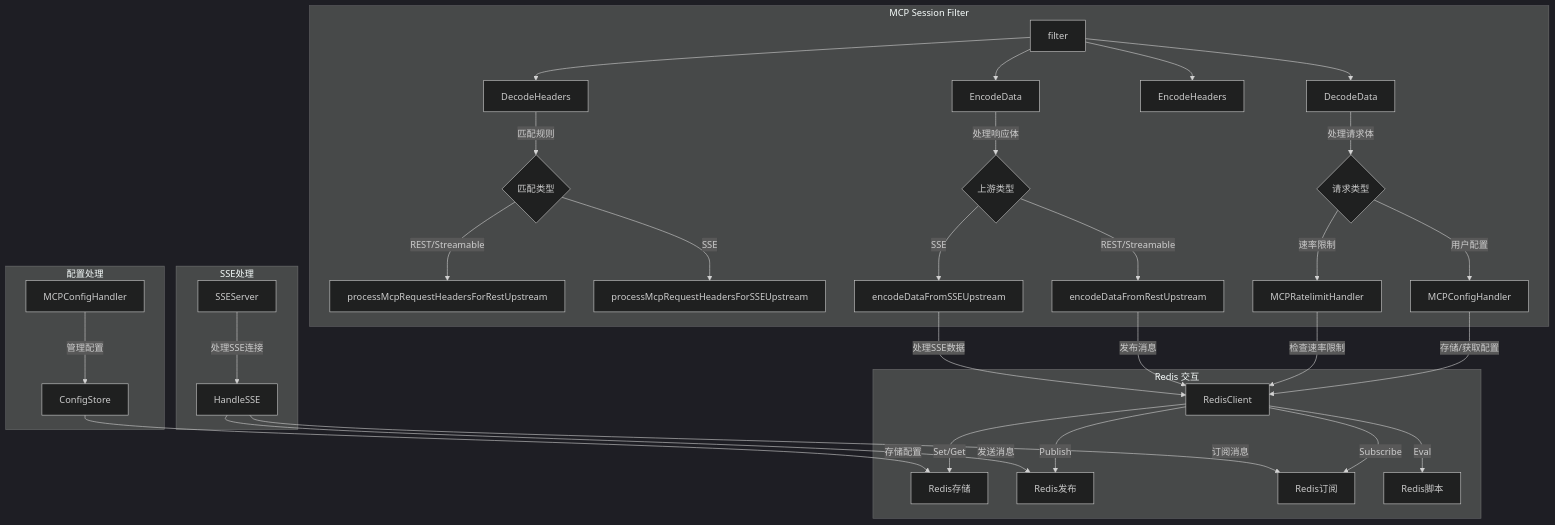
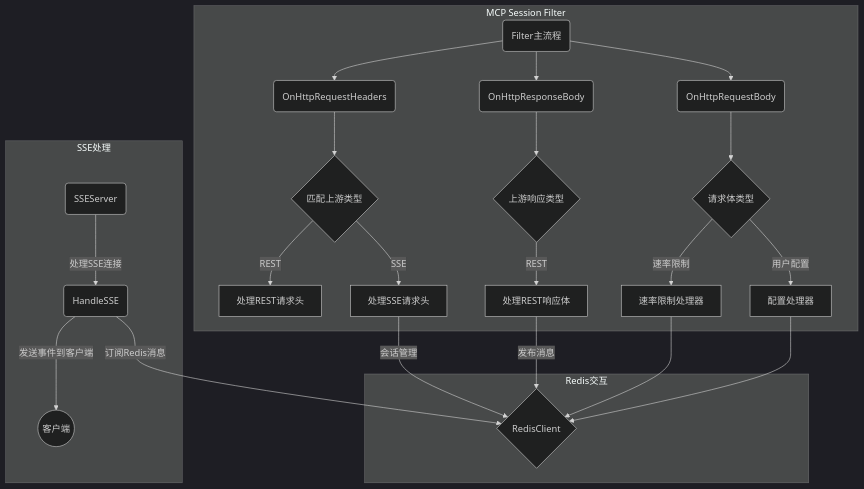
Before and after one commit to Similarityoung/Obisidian-Open: the diagram in Dubbo/Dubbo-go-Pixiu ai 方向路线.md, drawn with Mermaid (dark theme). The commit also changed other lines of this file, not shown here.

Commit message:
vault backup: 2025-06-06 16:47:48

````diff
--- a/Dubbo/Dubbo-go-Pixiu ai 方向路线.md
+++ b/Dubbo/Dubbo-go-Pixiu ai 方向路线.md
@@ -71,44 +71,32 @@
 ```mermaid
-flowchart TD
-    subgraph "MCP Session Filter"
-        A[filter] --> B[DecodeHeaders]
-        A --> C[DecodeData]
-        A --> D[EncodeHeaders]
-        A --> E[EncodeData]
-        
-        B -->|匹配规则| F{匹配类型}
-        F -->|REST/Streamable| G[processMcpRequestHeadersForRestUpstream]
-        F -->|SSE| H[processMcpRequestHeadersForSSEUpstream]
-        
-        C -->|处理请求体| I{请求类型}
-        I -->|用户配置| J[MCPConfigHandler]
-        I -->|速率限制| K[MCPRatelimitHandler]
-        
-        E -->|处理响应体| L{上游类型}
-        L -->|REST/Streamable| M[encodeDataFromRestUpstream]
-        L -->|SSE| N[encodeDataFromSSEUpstream]
+graph TD
+    subgraph MCP Session Filter
+        A(Filter主流程) --> B(OnHttpRequestHeaders)
+        A --> C(OnHttpRequestBody)
+        A --> E(OnHttpResponseBody)
+
+        B --> F{匹配上游类型}
+        F -- REST --> G[处理REST请求头]
+        F -- SSE --> H[处理SSE请求头]
+
+        C --> I{请求体类型}
+        I -- 用户配置 --> J[配置处理器]
+        I -- 速率限制 --> K[速率限制处理器]
+
+        E --> L{上游响应类型}
+        L -- REST --> M[处理REST响应体]
     end
-    
-    subgraph "Redis 交互"
-        J -->|存储/获取配置| O[RedisClient]
-        K -->|检查速率限制| O
-        M -->|发布消息| O
-        N -->|处理SSE数据| O
-        
-        O -->|Set/Get| P[Redis存储]
-        O -->|Publish| Q[Redis发布]
-        O -->|Subscribe| R[Redis订阅]
-        O -->|Eval| S[Redis脚本]
+
+    subgraph Redis交互
+        J --> O{RedisClient}
+        K --> O
+        M -- 发布消息 --> O
+        H -- 会话管理 --> O
     end
-    
-    subgraph "配置处理"
-        T[ConfigStore] -->|存储配置| P
-        U[MCPConfigHandler] -->|管理配置| T
-    end
-    
-    subgraph "SSE处理"
-        V[SSEServer] -->|处理SSE连接| W[HandleSSE]
-        W -->|订阅消息| R
-        W -->|发送消息| Q
+
+    subgraph SSE处理
+        V(SSEServer) -- 处理SSE连接 --> W(HandleSSE)
+        W -- 订阅Redis消息 --> O
+        W -- 发送事件到客户端 --> Z((客户端))
     end
 ```
````
